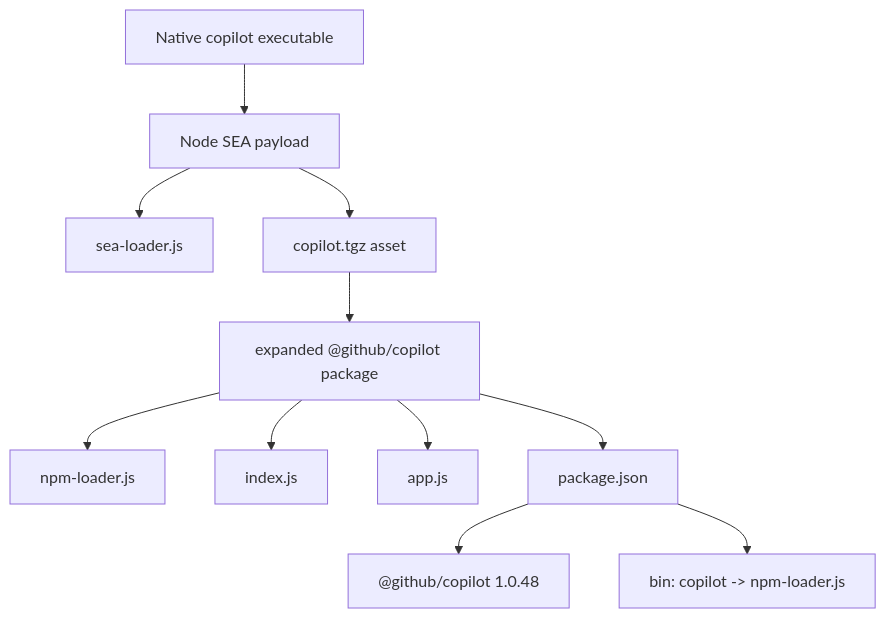
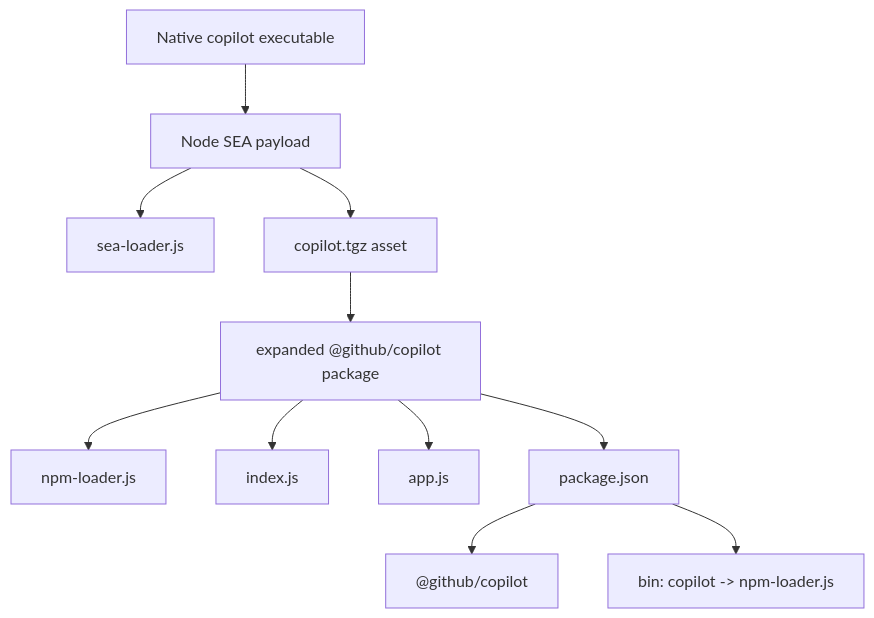
The first of 6 diagrams in docs/01-runtime-and-ui/loader-bootstrap.md (vibewatch/copilot-cli-internals), drawn with Mermaid before and after one commit. The commit also changed 39 other files, not shown here.

````diff
--- a/docs/01-runtime-and-ui/loader-bootstrap.md
+++ b/docs/01-runtime-and-ui/loader-bootstrap.md
@@ -17,14 +17,14 @@
 ```mermaid
 flowchart TD
     Binary["Native copilot executable"] --> SEA["Node SEA payload"]
     SEA --> SeaLoader["sea-loader.js"]
     SEA --> PackageArchive["copilot.tgz asset"]
     PackageArchive --> Package["expanded @github/copilot package"]
     Package --> NpmLoader["npm-loader.js"]
     Package --> Index["index.js"]
     Package --> App["app.js"]
 
     Package --> Metadata["package.json"]
-    Metadata --> Version["@github/copilot 1.0.48"]
+    Metadata --> Version["@github/copilot"]
     Metadata --> Bin["bin: copilot -> npm-loader.js"]
 ```
````
